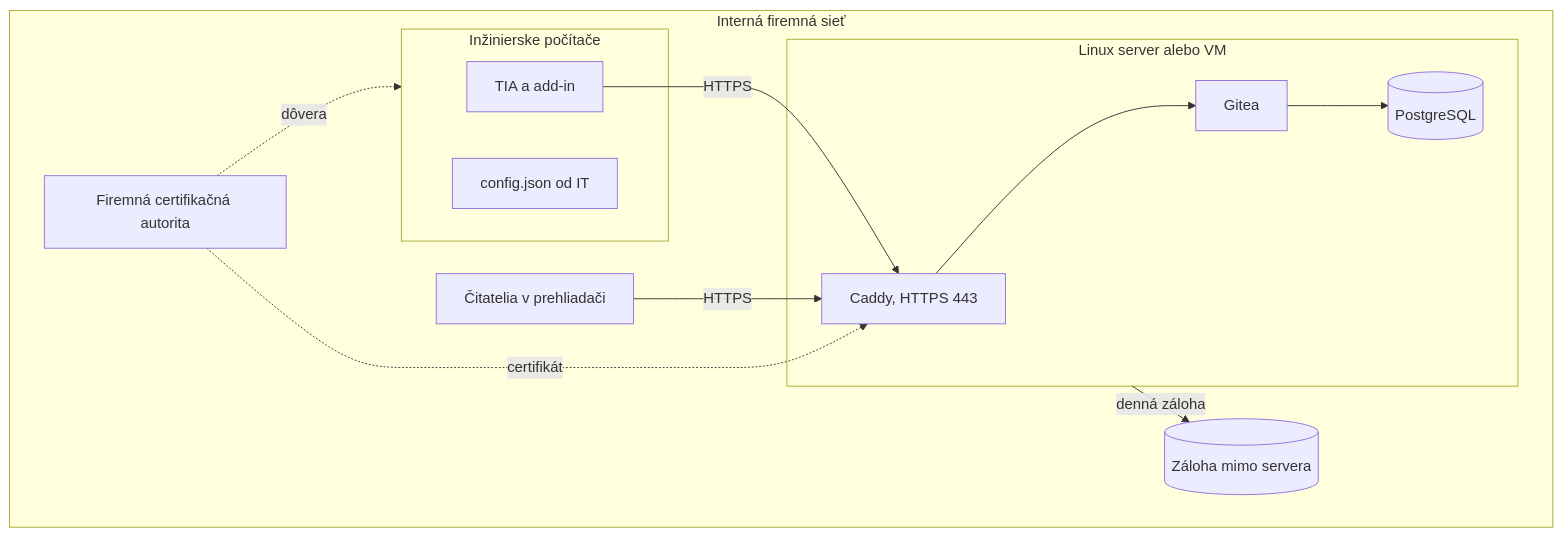
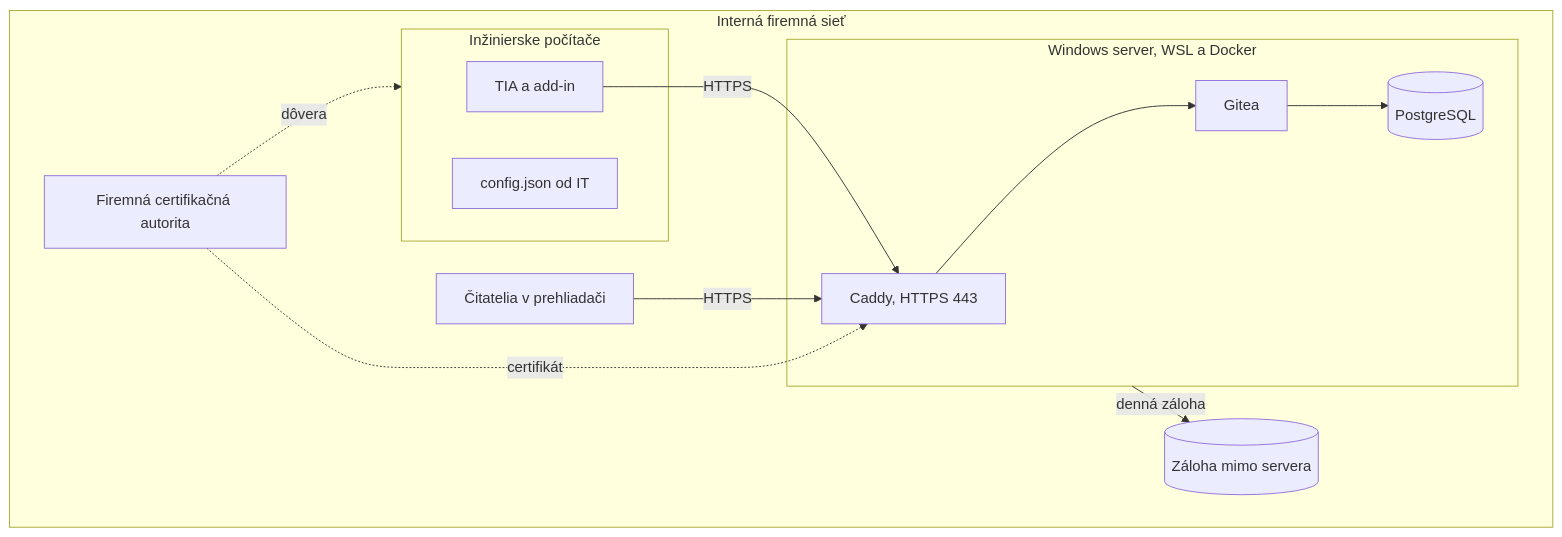
One commit to xsugra/tia-sbom-utility changed the first of 2 diagrams in docs/04-produkcia.md. Above: the diagram before and after it, drawn with Mermaid. The commit also changed other lines of this file and 7 other files, not shown here.

````diff
--- a/docs/04-produkcia.md
+++ b/docs/04-produkcia.md
@@ -7,25 +7,25 @@
 ```mermaid
 flowchart TB
     subgraph LAN["Interná firemná sieť"]
         subgraph PCs["Inžinierske počítače"]
             A1["TIA a add-in"]
             CFG["config.json od IT"]
         end
-        subgraph SRV["Linux server alebo VM"]
+        subgraph SRV["Windows server, WSL a Docker"]
             CAD["Caddy, HTTPS 443"]
             GIT["Gitea"]
             PG[("PostgreSQL")]
         end
         BK[("Záloha mimo servera")]
         CA["Firemná certifikačná autorita"]
         USERS["Čitatelia v prehliadači"]
     end
 
     A1 -->|"HTTPS"| CAD
     USERS -->|"HTTPS"| CAD
     CAD --> GIT
     GIT --> PG
     SRV -->|"denná záloha"| BK
     CA -.->|"certifikát"| CAD
     CA -.->|"dôvera"| PCs
 ```
````
